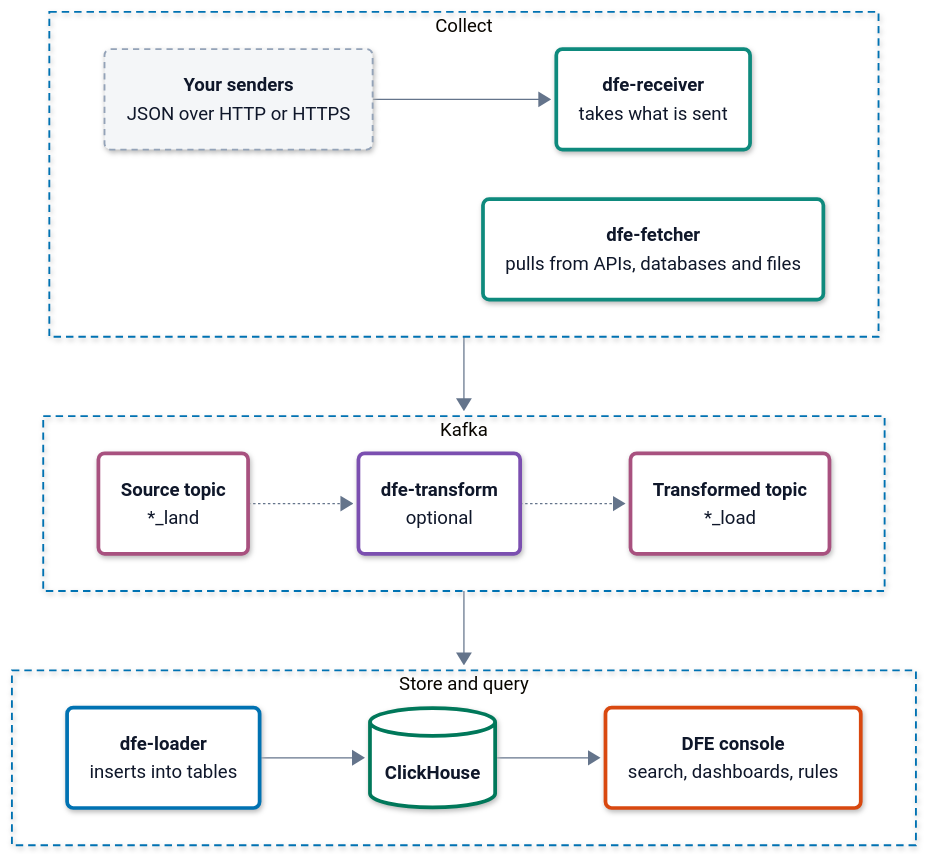
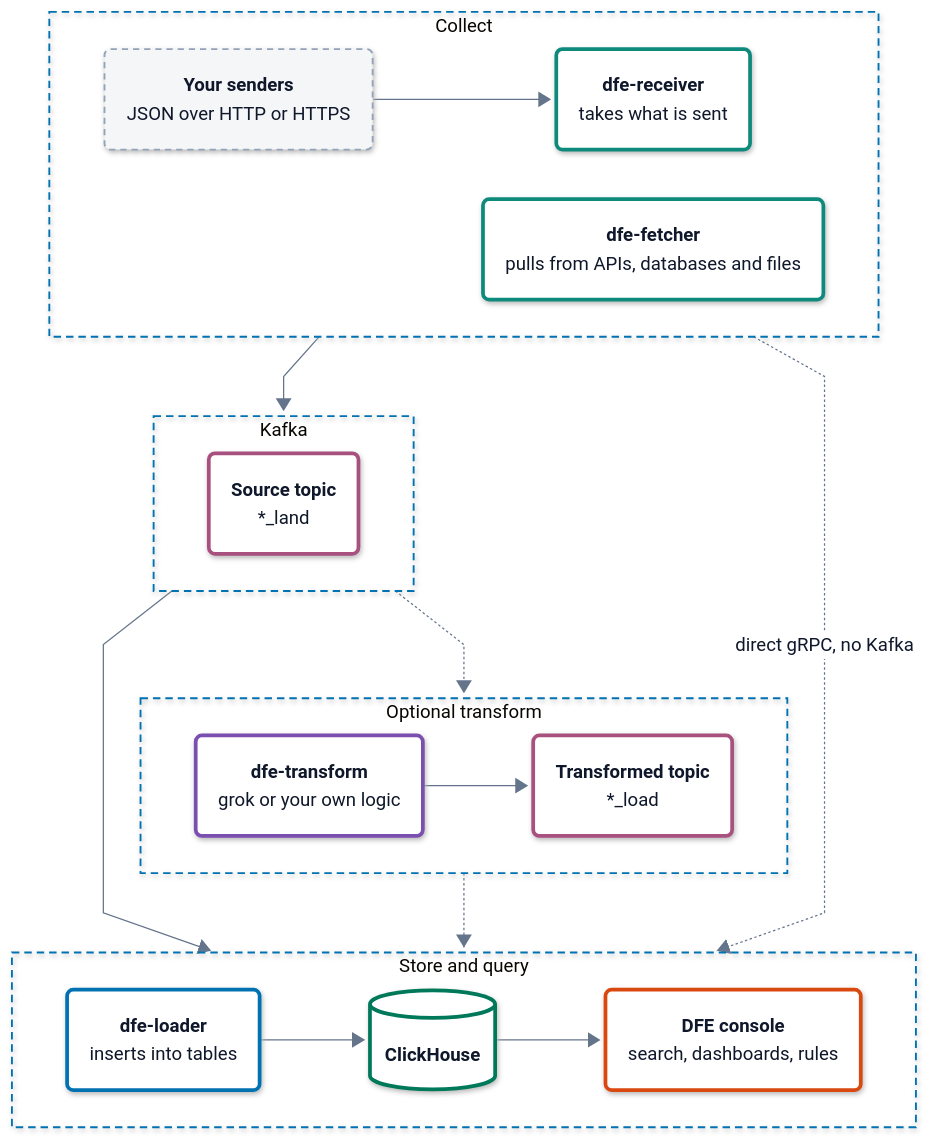
Before and after one commit to hyperi-io/dfe-infra: the diagram in docs-site/content-root/README.md, drawn with Mermaid. The commit also changed other lines of this file, not shown here.

Commit message:
fix(docs-site): show the optional paths in the overview diagram
The three-row overview drew the transform and the *_load topic as a required step. It omitted the direct gRPC path.

The diagram shows the source topic feeding the loader directly. The transform and *_load sit in a separate group behind dotted arrows. A dotted direct gRPC arrow skips Kafka. The diagram measures about 680 px.

````diff
--- a/docs-site/content-root/README.md
+++ b/docs-site/content-root/README.md
@@ -64,7 +64,7 @@
 ---
 flowchart TB
   accTitle: L2 Services -- DFE data path
-  accDescr: dfe-receiver takes what your senders post and dfe-fetcher pulls from APIs, databases and files. Both write to Kafka, where an optional transform turns the source topic into a transformed one. dfe-loader inserts into ClickHouse, and the DFE console reads it.
+  accDescr: dfe-receiver takes what your senders post and dfe-fetcher pulls from APIs, databases and files. Both write a source topic on Kafka that dfe-loader inserts into ClickHouse, which the DFE console reads. An optional transform turns the source topic into a transformed one for the loader, and direct gRPC skips Kafka.
   subgraph IN["Collect"]
     direction LR
     S("<b>Your senders</b><br/><span>JSON over HTTP or HTTPS</span>")
@@ -73,11 +73,13 @@
     S --> R
   end
   subgraph BUS["Kafka"]
+    K1("<b>Source topic</b><br/><span>*_land</span>")
+  end
+  subgraph XF["Optional transform"]
     direction LR
-    K1("<b>Source topic</b><br/><span>*_land</span>")
-    T("<b>dfe-transform</b><br/><span>optional</span>")
+    T("<b>dfe-transform</b><br/><span>grok or your own logic</span>")
     K2("<b>Transformed topic</b><br/><span>*_load</span>")
-    K1 -.-> T -.-> K2
+    T --> K2
   end
   subgraph OUT["Store and query"]
     direction LR
@@ -86,7 +88,11 @@
     H("<b>DFE console</b><br/><span>search, dashboards, rules</span>")
     L --> C --> H
   end
-  IN --> BUS --> OUT
+  IN --> BUS
+  BUS --> OUT
+  BUS -.-> XF
+  XF -.-> OUT
+  IN -.->|direct gRPC, no Kafka| OUT
   class S ext
   class R,F ingest
   class K1,K2 bus
@@ -107,5 +113,6 @@
   classDef part fill:#FFFFFF,stroke:#94A3B8,stroke-width:1.5px,color:#0F172A
   style IN fill:none,stroke:#0072B2,stroke-width:1.5px,stroke-dasharray:6 4
   style BUS fill:none,stroke:#0072B2,stroke-width:1.5px,stroke-dasharray:6 4
+  style XF fill:none,stroke:#0072B2,stroke-width:1.5px,stroke-dasharray:6 4
   style OUT fill:none,stroke:#0072B2,stroke-width:1.5px,stroke-dasharray:6 4
 ```
````
